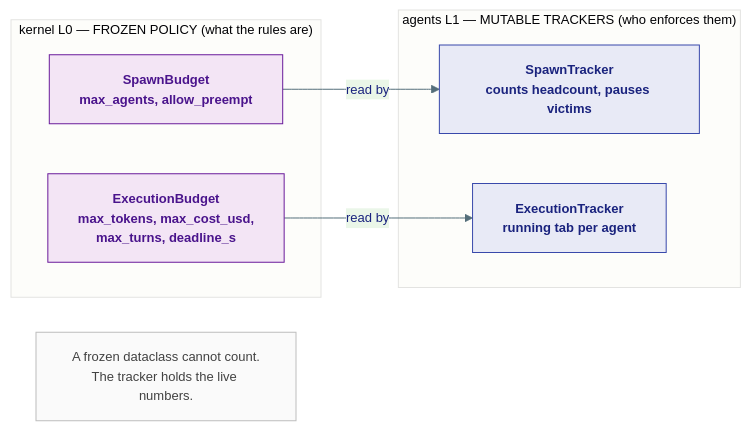
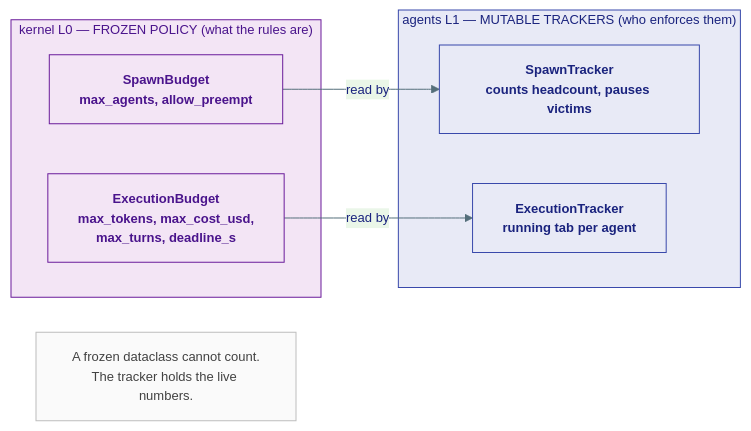
The first of 4 diagrams in agents/agent-substrate/docs/agents/07-supervision-and-hooks.md (Ravikumarchavva/agent-substrate), drawn with Mermaid before and after one commit. The commit also changed 13 other files, not shown here.

Commit message:
style: enhance diagram aesthetics with color coding and improve Mermaid integration

````diff
--- a/agents/agent-substrate/docs/agents/07-supervision-and-hooks.md
+++ b/agents/agent-substrate/docs/agents/07-supervision-and-hooks.md
@@ -27,21 +27,24 @@
 ```mermaid
 %%{init: {'theme': 'base', 'themeVariables': {'primaryColor': '#E8EAF6','primaryTextColor': '#1A237E','primaryBorderColor': '#3949AB','lineColor': '#546E7A','fontSize': '13px'}}}%%
 flowchart LR
     classDef kernel fill:#F3E5F5,stroke:#6A1B9A,color:#4A148C,font-weight:bold
     classDef agent  fill:#E8EAF6,stroke:#3949AB,color:#1A237E,font-weight:bold
     classDef note   fill:#FAFAFA,stroke:#BDBDBD,color:#424242
 
     subgraph K0["kernel L0 — FROZEN POLICY (what the rules are)"]
         SBp["SpawnBudget<br/>max_agents, allow_preempt"]:::kernel
         EBp["ExecutionBudget<br/>max_tokens, max_cost_usd,<br/>max_turns, deadline_s"]:::kernel
     end
 
     subgraph L1["agents L1 — MUTABLE TRACKERS (who enforces them)"]
         ST["SpawnTracker<br/>counts headcount, pauses victims"]:::agent
         ET["ExecutionTracker<br/>running tab per agent"]:::agent
     end
 
+    style K0 fill:#f3e5f5,stroke:#6a1b9a,color:#4a148c
+    style L1 fill:#e8eaf6,stroke:#3949ab,color:#1a237e
+
     SBp -->|"read by"| ST
     EBp -->|"read by"| ET
     note1["A frozen dataclass cannot count.<br/>The tracker holds the live numbers."]:::note
 ```
````
